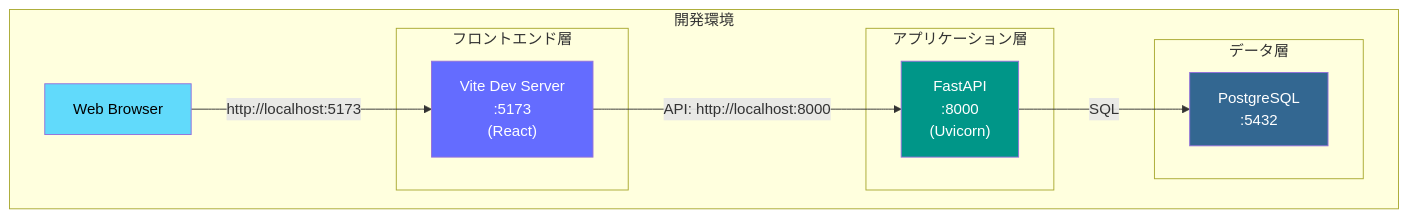
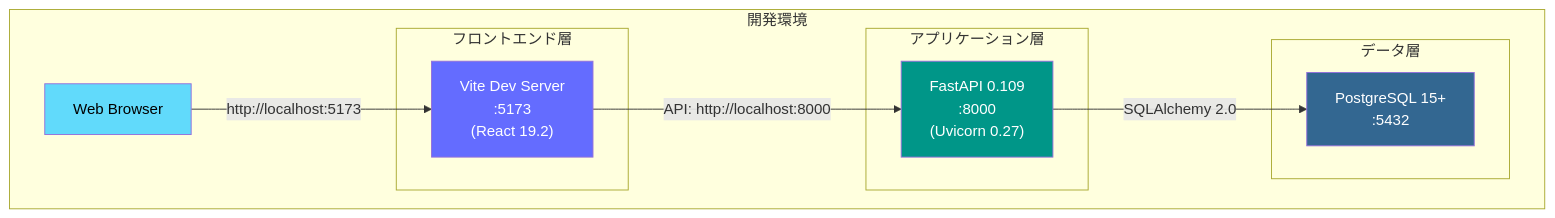
Before and after one commit to satsuma-ken/kakeibon: the first of 9 diagrams in 01_設計資料/ARCHITECTURE.md, drawn with Mermaid. The commit also changed other lines of this file and 4 other files, not shown here.

````diff
--- a/01_設計資料/ARCHITECTURE.md
+++ b/01_設計資料/ARCHITECTURE.md
@@ -7,27 +28,27 @@
 ```mermaid
 graph TB
     subgraph "開発環境"
         Browser["Web Browser"]
 
         subgraph "フロントエンド層"
-            Vite["Vite Dev Server<br/>:5173<br/>(React)"]
+            Vite["Vite Dev Server<br/>:5173<br/>(React 19.2)"]
         end
 
         subgraph "アプリケーション層"
-            FastAPI["FastAPI<br/>:8000<br/>(Uvicorn)"]
+            FastAPI["FastAPI 0.109<br/>:8000<br/>(Uvicorn 0.27)"]
         end
 
         subgraph "データ層"
-            PostgreSQL["PostgreSQL<br/>:5432"]
+            PostgreSQL["PostgreSQL 15+<br/>:5432"]
         end
     end
 
     Browser -->|http://localhost:5173| Vite
     Vite -->|API: http://localhost:8000| FastAPI
-    FastAPI -->|SQL| PostgreSQL
+    FastAPI -->|SQLAlchemy 2.0| PostgreSQL
 
     style PostgreSQL fill:#336791,color:#fff
     style FastAPI fill:#009688,color:#fff
     style Vite fill:#646CFF,color:#fff
     style Browser fill:#61DAFB,color:#000
 ```
````
